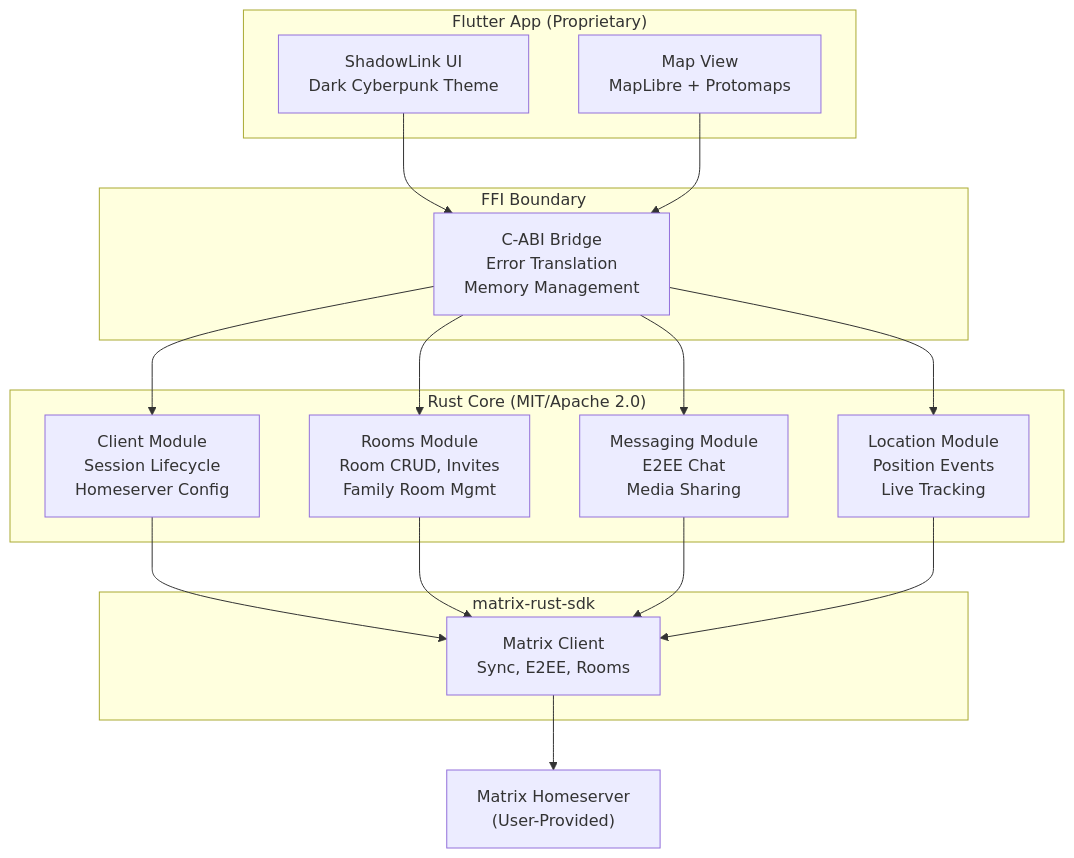
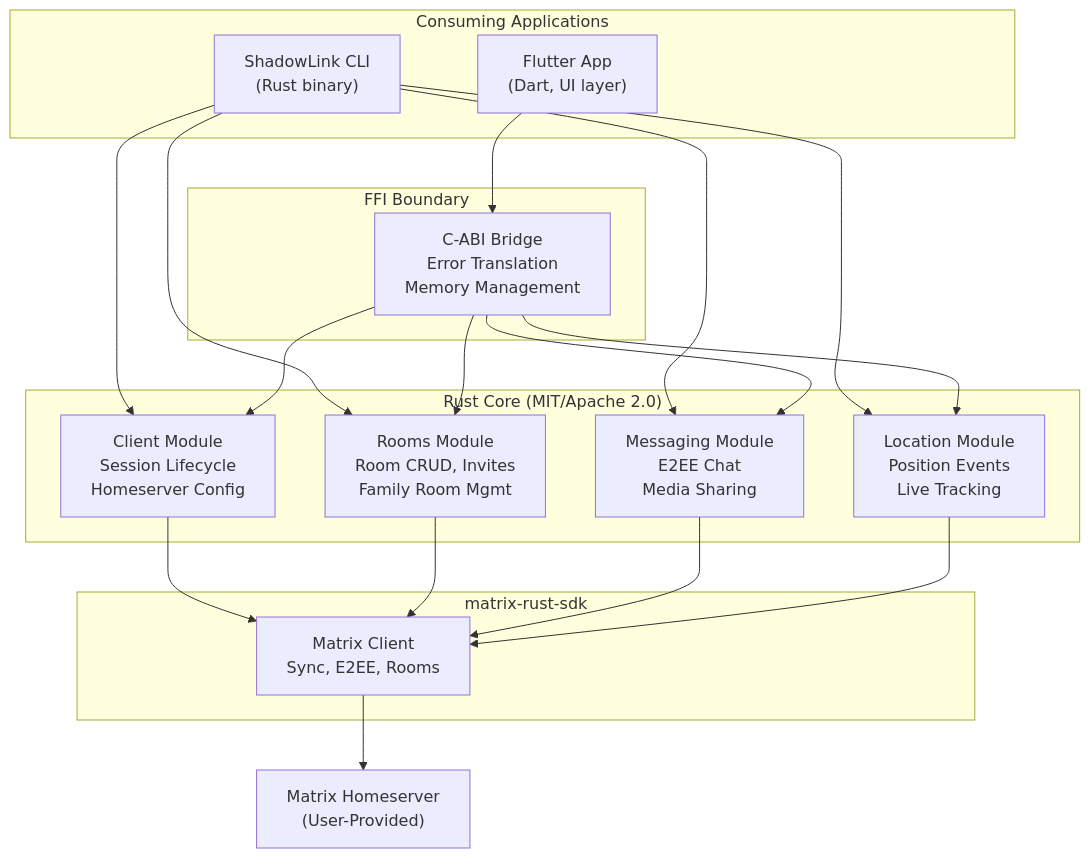
Before and after one commit to ccmueller355/shadowlink-rust-core: the diagram in docs/arc42/index.md, drawn with Mermaid. The commit also changed other lines of this file and 17 other files, not shown here.

````diff
--- a/docs/arc42/index.md
+++ b/docs/arc42/index.md
@@ -12,36 +12,39 @@
 ```mermaid
 graph TB
-    subgraph Flutter["Flutter App (Proprietary)"]
-        UI["ShadowLink UI\nDark Cyberpunk Theme"]
-        MapView["Map View\nMapLibre + Protomaps"]
+    subgraph Consumers["Consuming Applications"]
+        CLI["ShadowLink CLI\n(Rust binary)"]
+        FlutterUI["Flutter App\n(Dart, UI layer)"]
     end
 
     subgraph FFI["FFI Boundary"]
         FFI_Layer["C-ABI Bridge\nError Translation\nMemory Management"]
     end
 
     subgraph RustCore["Rust Core (MIT/Apache 2.0)"]
         Client["Client Module\nSession Lifecycle\nHomeserver Config"]
         Rooms["Rooms Module\nRoom CRUD, Invites\nFamily Room Mgmt"]
         Messaging["Messaging Module\nE2EE Chat\nMedia Sharing"]
         Location["Location Module\nPosition Events\nLive Tracking"]
     end
 
     subgraph SDK["matrix-rust-sdk"]
         MatrixCore["Matrix Client\nSync, E2EE, Rooms"]
     end
 
     HS["Matrix Homeserver\n(User-Provided)"]
 
-    UI --> FFI_Layer
-    MapView --> FFI_Layer
+    CLI --> Client
+    CLI --> Rooms
+    CLI --> Messaging
+    CLI --> Location
+    FlutterUI --> FFI_Layer
     FFI_Layer --> Client
     FFI_Layer --> Rooms
     FFI_Layer --> Messaging
     FFI_Layer --> Location
     Client --> MatrixCore
     Rooms --> MatrixCore
     Messaging --> MatrixCore
     Location --> MatrixCore
     MatrixCore --> HS
 ```
````
